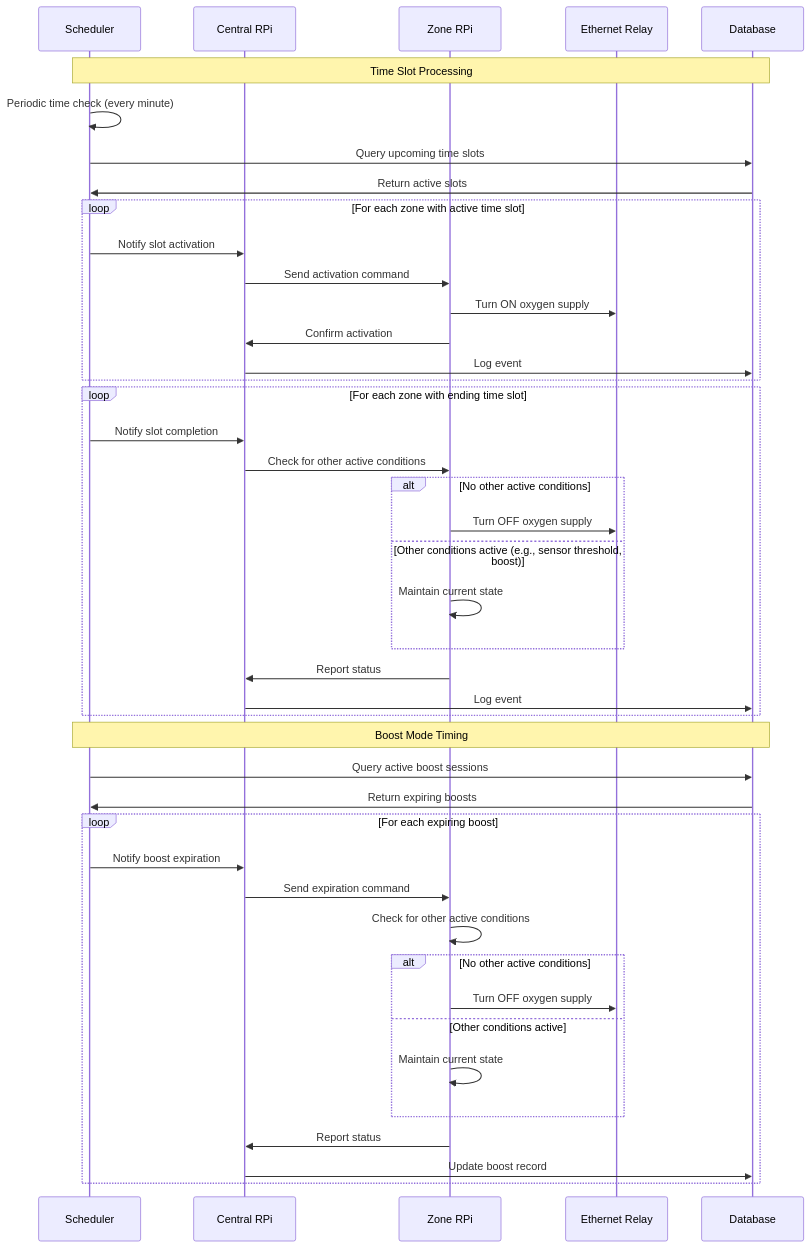
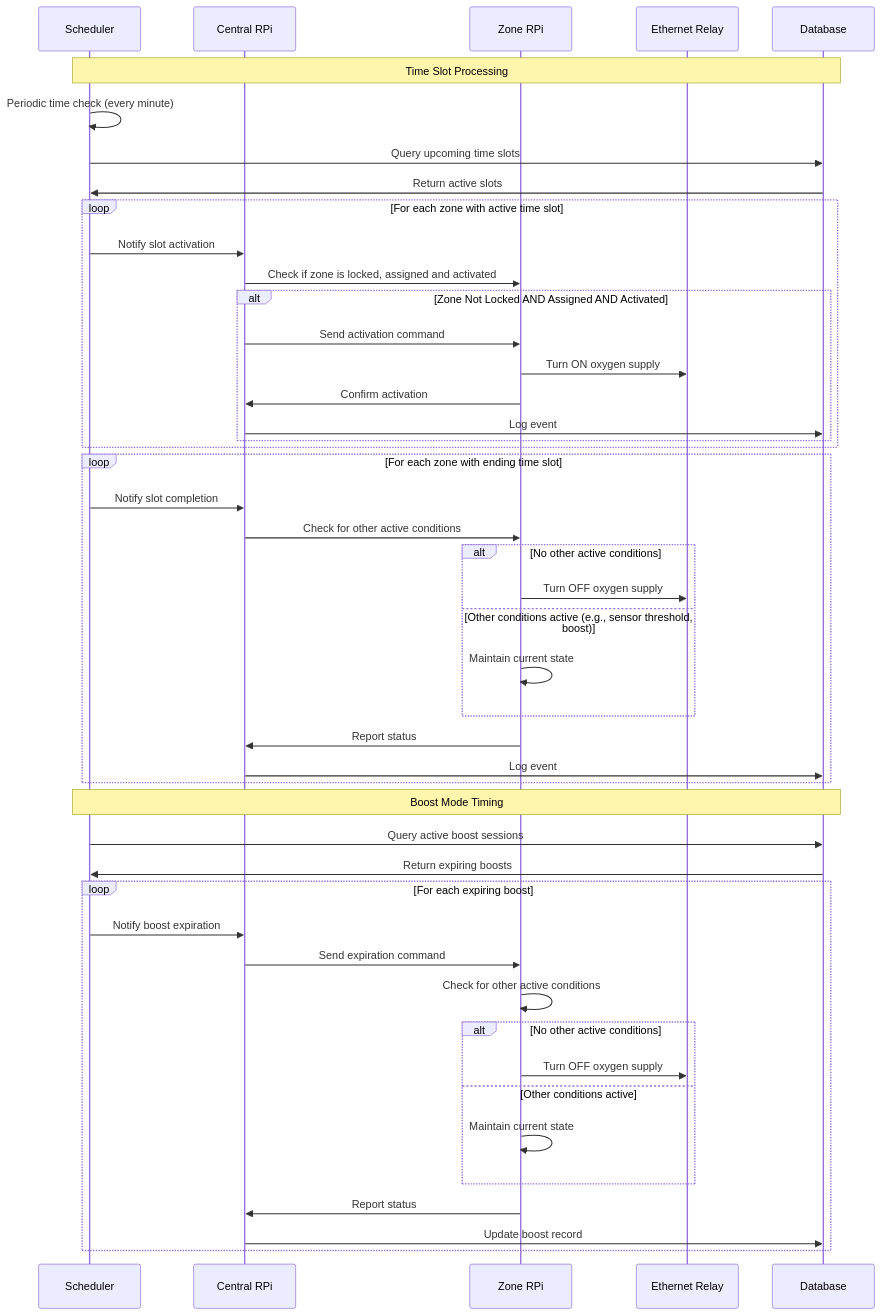
One commit to adityatripathi05/Oxygen-Enrichment-System changed the eighth of 8 diagrams in docs/design_plan.md. Above: the diagram before and after it, drawn with Mermaid. The commit also changed other lines of this file, not shown here.

````diff
--- a/docs/design_plan.md
+++ b/docs/design_plan.md
@@ -575,54 +650,58 @@
 ```mermaid
 sequenceDiagram
     participant SCH as Scheduler
     participant CRP as Central RPi
     participant ZRP as Zone RPi
     participant ER as Ethernet Relay
     participant DB as Database
     
     Note over SCH,DB: Time Slot Processing
     SCH->>SCH: Periodic time check (every minute)
     SCH->>DB: Query upcoming time slots
     DB->>SCH: Return active slots
     
     loop For each zone with active time slot
         SCH->>CRP: Notify slot activation
-        CRP->>ZRP: Send activation command
-        ZRP->>ER: Turn ON oxygen supply
-        ZRP->>CRP: Confirm activation
-        CRP->>DB: Log event
+        CRP->>ZRP: Check if zone is locked, assigned and activated
+        
+        alt Zone Not Locked AND Assigned AND Activated
+            CRP->>ZRP: Send activation command
+            ZRP->>ER: Turn ON oxygen supply
+            ZRP->>CRP: Confirm activation
+            CRP->>DB: Log event
+        end
     end
     
     loop For each zone with ending time slot
         SCH->>CRP: Notify slot completion
         CRP->>ZRP: Check for other active conditions
         
         alt No other active conditions
             ZRP->>ER: Turn OFF oxygen supply
         else Other conditions active (e.g., sensor threshold, boost)
             ZRP->>ZRP: Maintain current state
         end
         
         ZRP->>CRP: Report status
         CRP->>DB: Log event
     end
     
     Note over SCH,DB: Boost Mode Timing
     SCH->>DB: Query active boost sessions
     DB->>SCH: Return expiring boosts
     
     loop For each expiring boost
         SCH->>CRP: Notify boost expiration
         CRP->>ZRP: Send expiration command
         ZRP->>ZRP: Check for other active conditions
         
         alt No other active conditions
             ZRP->>ER: Turn OFF oxygen supply
         else Other conditions active
             ZRP->>ZRP: Maintain current state
         end
         
         ZRP->>CRP: Report status
         CRP->>DB: Update boost record
     end
 ```
````
